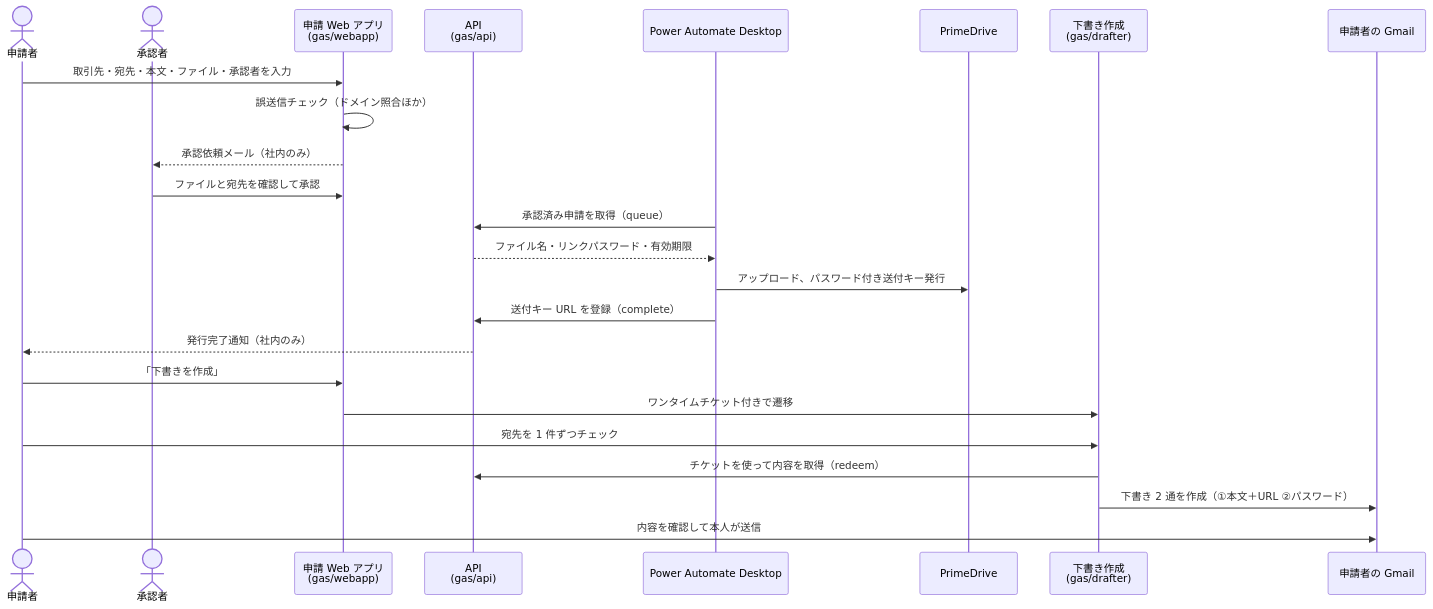
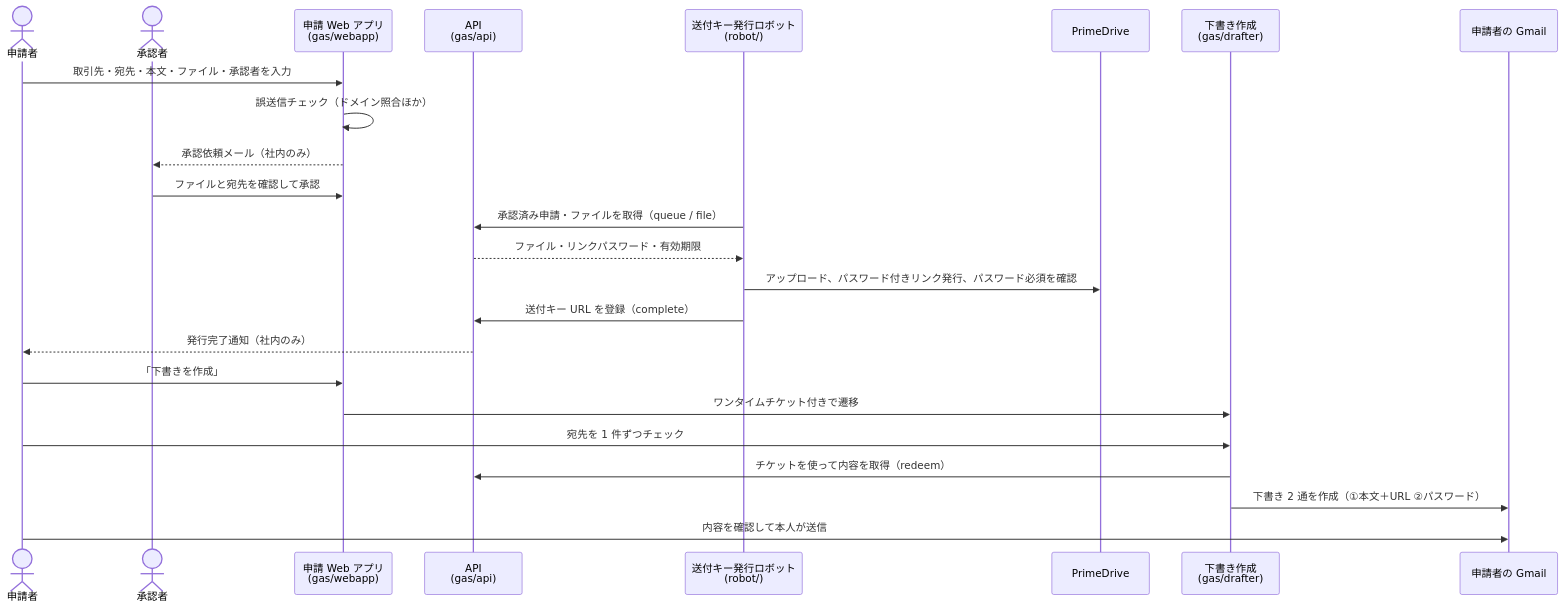
One commit to masahikooya-sudo/moya_10 changed the diagram in README.md. Above: the diagram before and after it, drawn with Mermaid. The commit also changed other lines of this file and 24 other files, not shown here.

First line of the commit message:
Replace PAD flow with a Playwright-based send-key robot

````diff
--- a/README.md
+++ b/README.md
@@ -12,27 +12,27 @@
 ```mermaid
 sequenceDiagram
     actor 申請者
     actor 承認者
     participant App as 申請 Web アプリ<br>(gas/webapp)
     participant API as API<br>(gas/api)
-    participant PAD as Power Automate Desktop
+    participant Robot as 送付キー発行ロボット<br>(robot/)
     participant PD as PrimeDrive
     participant Drafter as 下書き作成<br>(gas/drafter)
     participant Gmail as 申請者の Gmail
 
     申請者->>App: 取引先・宛先・本文・ファイル・承認者を入力
     App->>App: 誤送信チェック（ドメイン照合ほか）
     App-->>承認者: 承認依頼メール（社内のみ）
     承認者->>App: ファイルと宛先を確認して承認
-    PAD->>API: 承認済み申請を取得（queue）
-    API-->>PAD: ファイル名・リンクパスワード・有効期限
-    PAD->>PD: アップロード、パスワード付き送付キー発行
-    PAD->>API: 送付キー URL を登録（complete）
+    Robot->>API: 承認済み申請・ファイルを取得（queue / file）
+    API-->>Robot: ファイル・リンクパスワード・有効期限
+    Robot->>PD: アップロード、パスワード付きリンク発行、パスワード必須を確認
+    Robot->>API: 送付キー URL を登録（complete）
     API-->>申請者: 発行完了通知（社内のみ）
     申請者->>App: 「下書きを作成」
     App->>Drafter: ワンタイムチケット付きで遷移
     申請者->>Drafter: 宛先を 1 件ずつチェック
     Drafter->>API: チケットを使って内容を取得（redeem）
     Drafter->>Gmail: 下書き 2 通を作成（①本文＋URL ②パスワード）
     申請者->>Gmail: 内容を確認して本人が送信
 ```
````
